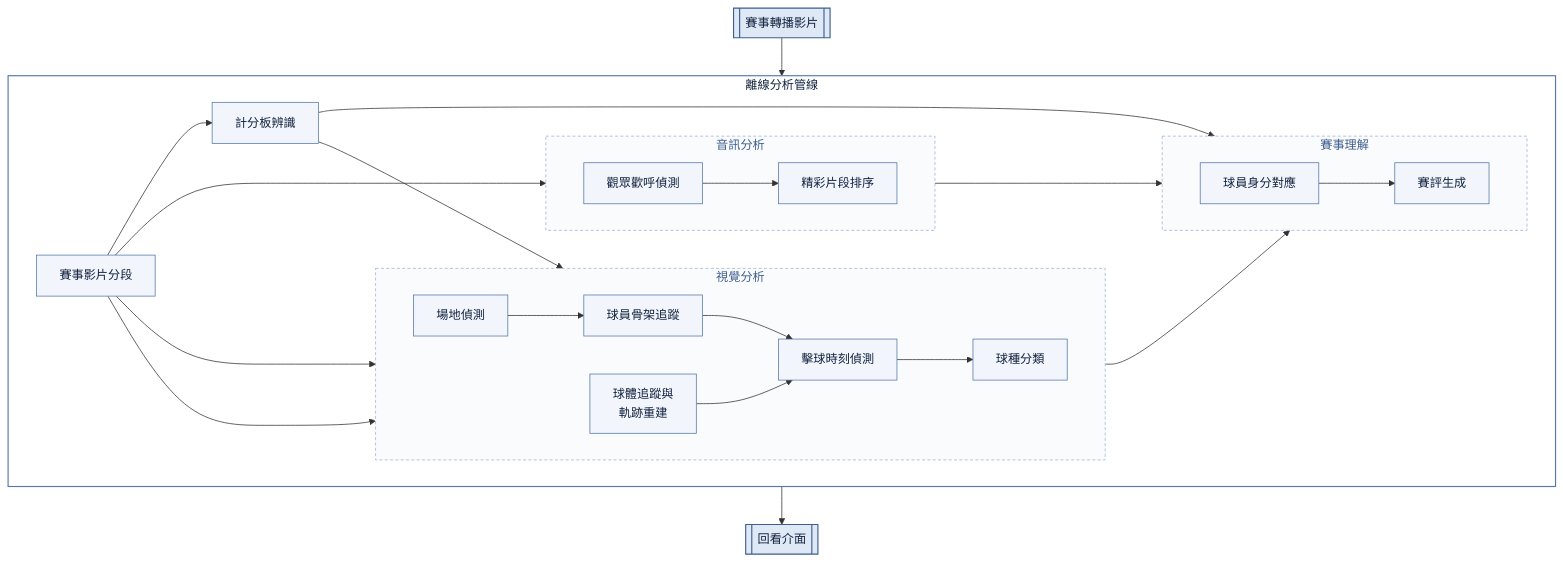
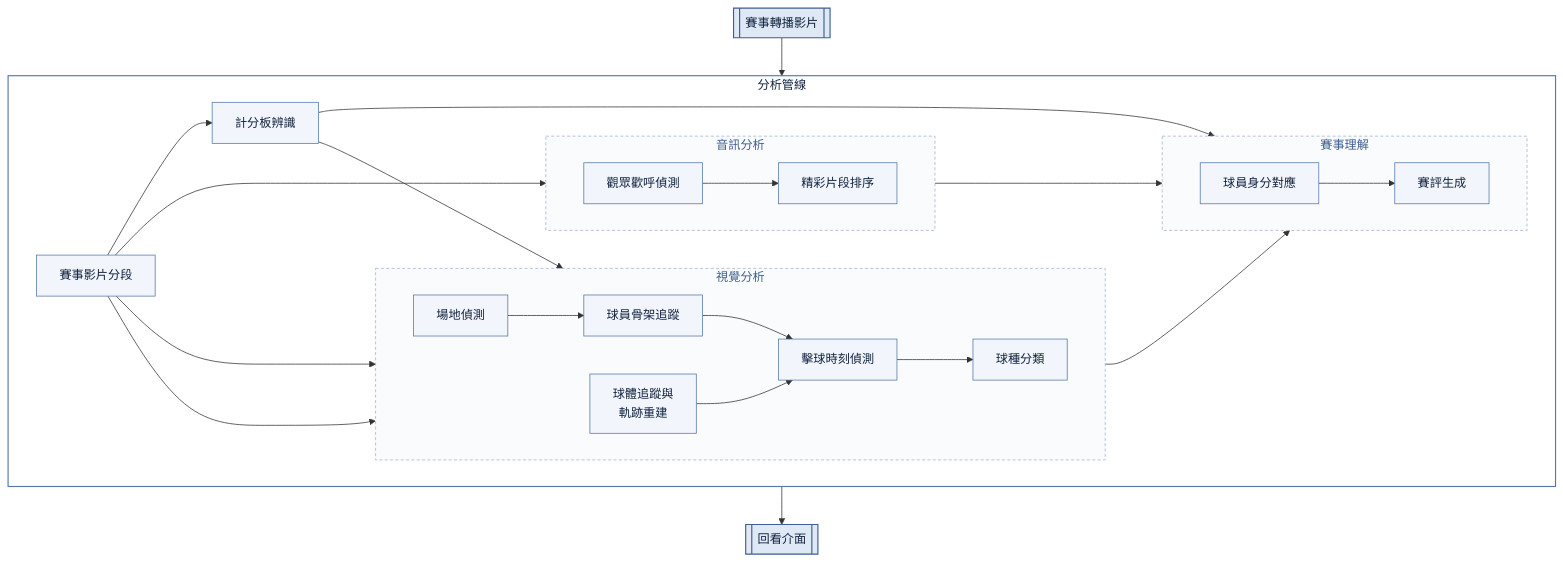
The second of 14 diagrams in docs/report.md (2026bmtproject/badminton-analysis-system), drawn with Mermaid before and after one commit. The commit also changed other lines of this file, not shown here.

````diff
--- a/docs/report.md
+++ b/docs/report.md
@@ -261,57 +262,57 @@
 ```mermaid
 flowchart TD
     IN[["賽事轉播影片"]]:::io
 
-    subgraph PIPE["離線分析管線"]
+    subgraph PIPE["分析管線"]
         direction LR
 
         SEG["賽事影片分段"]:::stage
         SCORE["計分板辨識"]:::stage
 
         subgraph VIS["視覺分析"]
             direction LR
             COURT["場地偵測"]:::stage
             POSE["球員骨架追蹤"]:::stage
             SHUT["球體追蹤與<br/>軌跡重建"]:::stage
             EV["擊球時刻偵測"]:::stage
             STK["球種分類"]:::stage
             COURT --> POSE --> EV
             SHUT --> EV --> STK
         end
 
         subgraph AUD["音訊分析"]
             direction LR
             AUDIO["觀眾歡呼偵測"]:::stage
             HL["精彩片段排序"]:::stage
             AUDIO --> HL
         end
 
         subgraph SEM["賽事理解"]
             direction LR
             ID["球員身分對應"]:::stage
             COM["賽評生成"]:::stage
             ID --> COM
         end
 
         SEG --> SCORE
         SEG --> COURT
         SEG --> SHUT
         SEG --> AUDIO
         SCORE --> EV
         SCORE --> ID
         STK --> ID
         HL --> COM
     end
 
     UI[["回看介面"]]:::io
 
     IN --> SEG
     PIPE --> UI
 
     classDef io fill:#dfe8f5,stroke:#3f5f8f,stroke-width:1.5px,color:#12233f;
     classDef stage fill:#f2f5fb,stroke:#5477ac,stroke-width:1px,color:#12233f;
     classDef group fill:#fafbfd,stroke:#9fb3d1,stroke-width:1px,stroke-dasharray:4 3,color:#3f5f8f;
     classDef outer fill:#ffffff,stroke:#5477ac,stroke-width:1.5px,color:#12233f;
     class VIS,AUD,SEM group;
     class PIPE outer;
 ```
````
